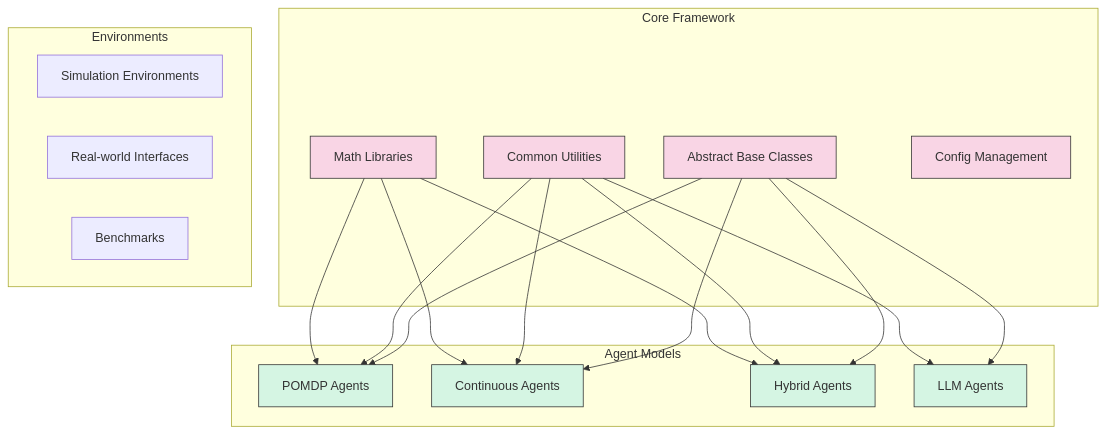
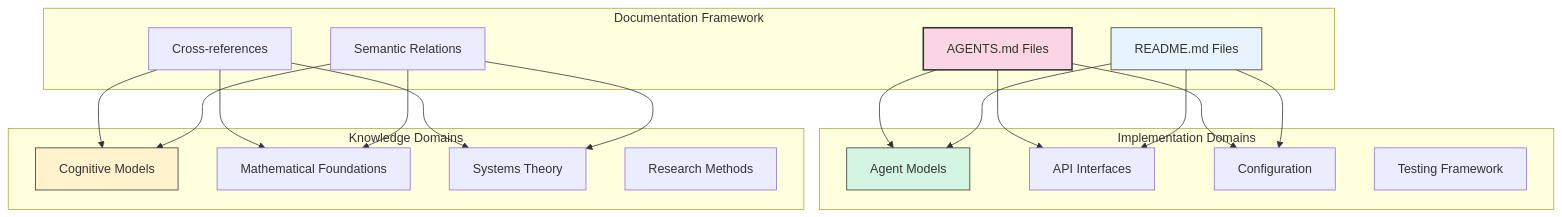
Before and after one commit to ActiveInferenceInstitute/cognitive: the second of 3 diagrams in docs/README.md, drawn with Mermaid. The commit also changed other lines of this file and 265 other files, not shown here.

````diff
--- a/docs/README.md
+++ b/docs/README.md
@@ -138,77 +128,41 @@
 ```mermaid
-
 graph TB
-
-    subgraph "Core Framework"
-
-        A[Abstract Base Classes]
-
-        B[Common Utilities]
-
-        C[Math Libraries]
-
-        D[Config Management]
-
+    subgraph "Documentation Framework"
+        A[AGENTS.md Files]
+        B[README.md Files]
+        C[Cross-references]
+        D[Semantic Relations]
     end
 
-    subgraph "Agent Models"
-
-        E[POMDP Agents]
-
-        F[Continuous Agents]
-
-        G[Hybrid Agents]
-
-        H[LLM Agents]
-
+    subgraph "Implementation Domains"
+        E[Agent Models]
+        F[API Interfaces]
+        G[Configuration]
+        H[Testing Framework]
     end
 
-    subgraph "Environments"
-
-        I[Simulation Environments]
-
-        J[Real-world Interfaces]
-
-        K[Benchmarks]
-
+    subgraph "Knowledge Domains"
+        I[Cognitive Models]
+        J[Mathematical Foundations]
+        K[Systems Theory]
+        L[Research Methods]
     end
 
     A --> E
+    A --> F
+    A --> G
+    B --> E
+    B --> F
+    B --> G
+    C --> I
+    C --> J
+    C --> K
+    D --> I
+    D --> J
+    D --> K
 
-    A --> F
-
-    A --> G
-
-    A --> H
-
-    B --> E
-
-    B --> F
-
-    B --> G
-
-    B --> H
-
-    C --> E
-
-    C --> F
-
-    C --> G
-
-    style A fill:#f9d5e5,stroke:#333,stroke-width:1px
-
-    style B fill:#f9d5e5,stroke:#333,stroke-width:1px
-
-    style C fill:#f9d5e5,stroke:#333,stroke-width:1px
-
-    style D fill:#f9d5e5,stroke:#333,stroke-width:1px
-
+    style A fill:#f9d5e5,stroke:#333,stroke-width:2px
+    style B fill:#e8f4fd,stroke:#333,stroke-width:1px
     style E fill:#d5f5e3,stroke:#333,stroke-width:1px
-
-    style F fill:#d5f5e3,stroke:#333,stroke-width:1px
-
-    style G fill:#d5f5e3,stroke:#333,stroke-width:1px
-
-    style H fill:#d5f5e3,stroke:#333,stroke-width:1px
-
+    style I fill:#fff2cc,stroke:#333,stroke-width:1px
 ```
````
